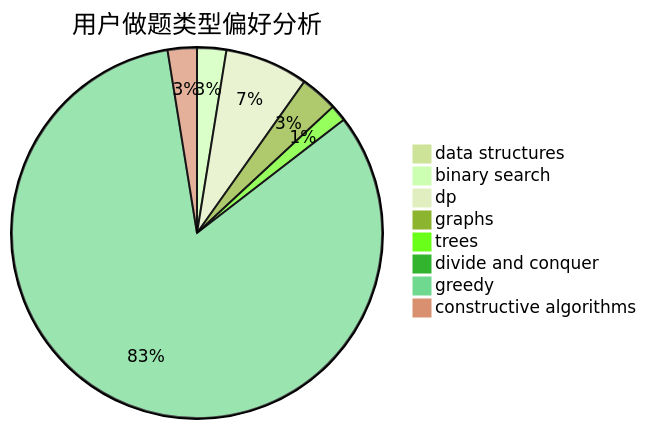
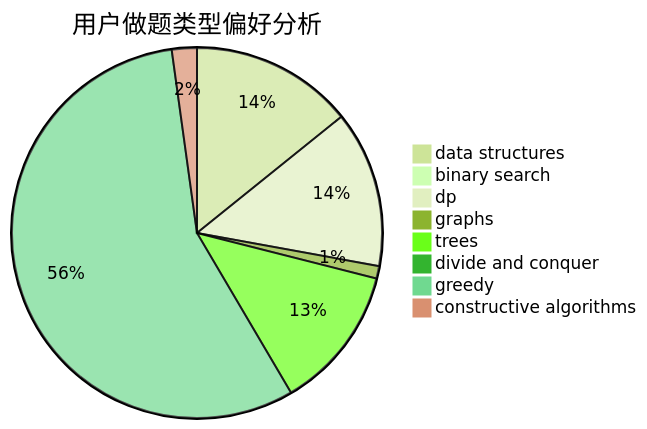
The second of 3 diagrams in docs/user/u1056.md (sherpahu/cfrs.github.io), drawn with Mermaid (forest theme) before and after one commit. The commit also changed other lines of this file and 2770 other files, not shown here.

````diff
--- a/docs/user/u1056.md
+++ b/docs/user/u1056.md
@@ -23,11 +23,11 @@
 ```mermaid
 pie title 用户做题类型偏好分析
-    "data structures" :  0
-    "binary search" :  7
-    "dp" :  20
-    "graphs" :  9
-    "trees" :  4
-    "divide and conquer" :  1
-    "greedy" :  228
-    "constructive algorithms" :  7
+    "data structures" :  26
+    "binary search" :  0
+    "dp" :  25
+    "graphs" :  2
+    "trees" :  23
+    "divide and conquer" :  0
+    "greedy" :  103
+    "constructive algorithms" :  4
 ```
````
